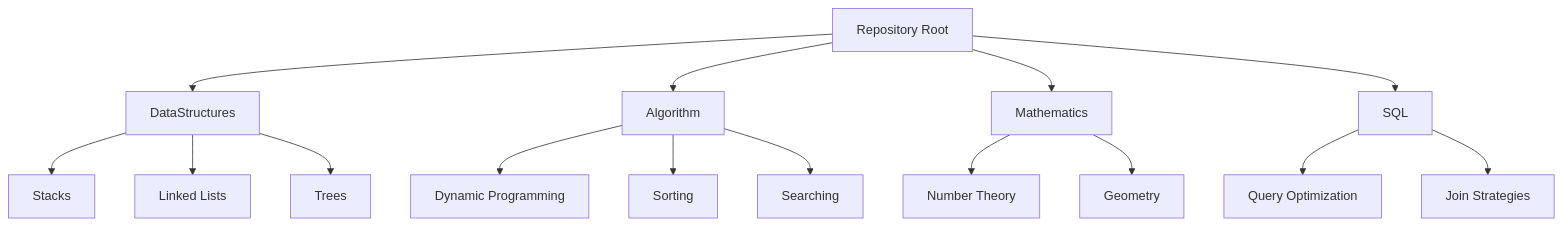
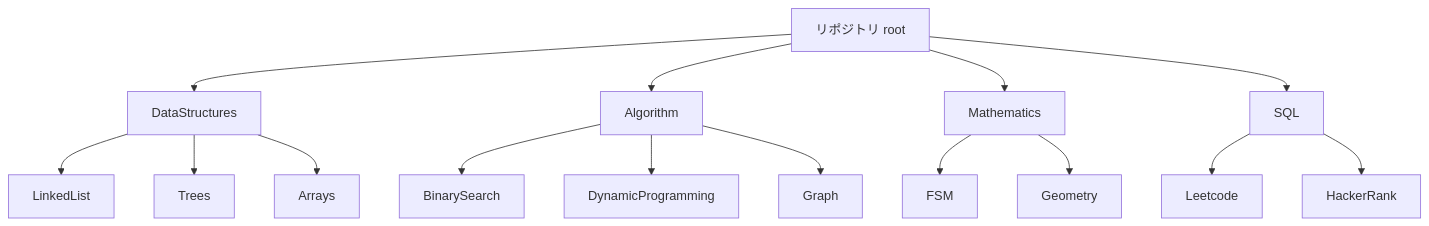
Before and after one commit to myoshi2891/Algorithm-DataStructures-Math-SQL: the first of 10 diagrams in README.md, drawn with Mermaid. The commit also changed other lines of this file, not shown here.

````diff
--- a/README.md
+++ b/README.md
@@ -22,21 +23,41 @@
 ```mermaid
 flowchart TD
-    Start[Repository Root] --> DS[DataStructures]
-    Start --> Algo[Algorithm]
-    Start --> Math[Mathematics]
-    Start --> SQL[SQL]
-    
-    DS --> Stacks[Stacks]
-    DS --> LinkedLists[Linked Lists]
-    DS --> Trees[Trees]
-    
-    Algo --> DP[Dynamic Programming]
-    Algo --> Sorting[Sorting]
-    Algo --> Searching[Searching]
-    
-    Math --> NumberTheory[Number Theory]
-    Math --> Geometry[Geometry]
-    
-    SQL --> Queries[Query Optimization]
-    SQL --> Joins[Join Strategies]
+  A[リポジトリ root]
+  B[DataStructures]
+  C[Algorithm]
+  D[Mathematics]
+  E[SQL]
+  
+  B1[LinkedList]
+  B2[Trees]
+  B3[Arrays]
+  
+  C1[BinarySearch]
+  C2[DynamicProgramming]
+  C3[Graph]
+  
+  D1[FSM]
+  D2[Geometry]
+  
+  E1[Leetcode]
+  E2[HackerRank]
+  
+  A --> B
+  A --> C
+  A --> D
+  A --> E
+  
+  B --> B1
+  B --> B2
+  B --> B3
+  
+  C --> C1
+  C --> C2
+  C --> C3
+  
+  D --> D1
+  D --> D2
+  
+  E --> E1
+  E --> E2
 ```
````
